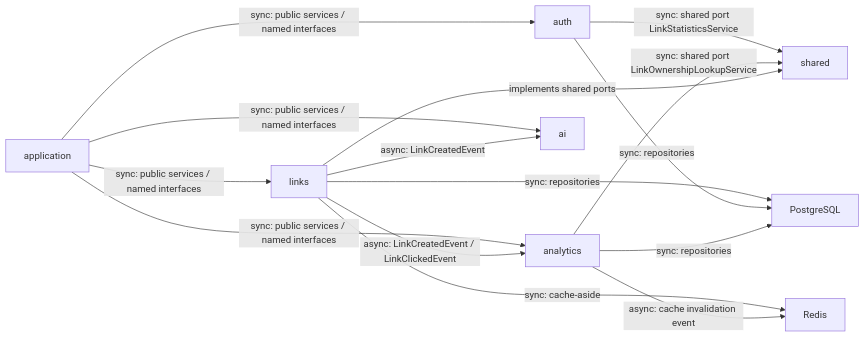
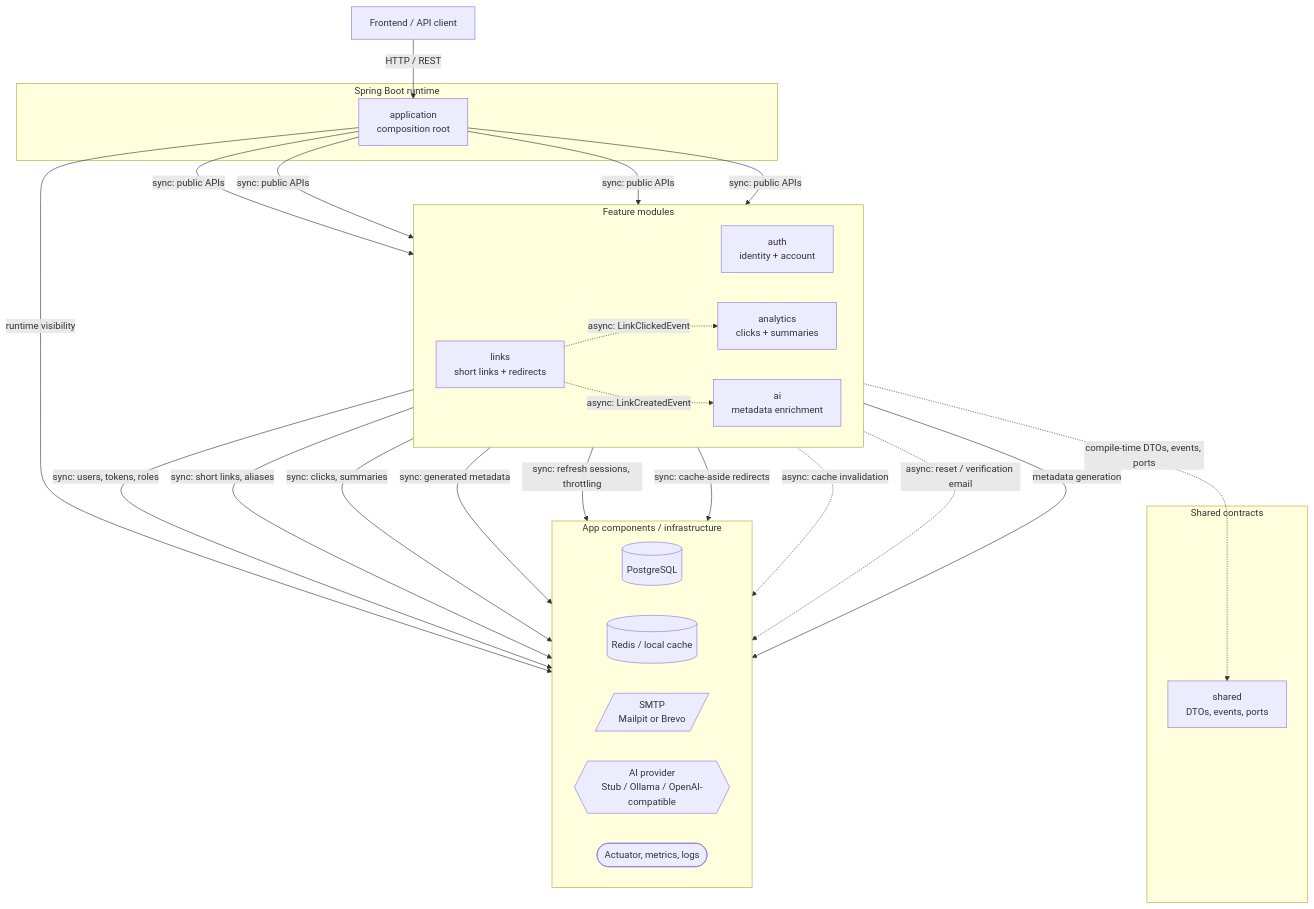
The first of 6 diagrams in docs/design/module-communication.md (leoyakubov/weblink-pilot), drawn with Mermaid before and after one commit. The commit also changed other lines of this file, not shown here.

Commit message:
Improve module communication diagram

````diff
--- a/docs/design/module-communication.md
+++ b/docs/design/module-communication.md
@@ -53,17 +53,54 @@
 ```mermaid
-flowchart LR
-  A["application"] -->|"sync: public services / named interfaces"| B["auth"]
-  A -->|"sync: public services / named interfaces"| C["links"]
-  A -->|"sync: public services / named interfaces"| D["analytics"]
-  A -->|"sync: public services / named interfaces"| AI["ai"]
-  B -->|"sync: shared port LinkStatisticsService"| S["shared"]
-  D -->|"sync: shared port LinkOwnershipLookupService"| S
-  C -->|"implements shared ports"| S
-  C -->|"async: LinkCreatedEvent / LinkClickedEvent"| D
-  C -->|"async: LinkCreatedEvent"| AI
-  C -->|"sync: cache-aside"| R["Redis"]
-  D -->|"async: cache invalidation event"| R
-  C -->|"sync: repositories"| P["PostgreSQL"]
-  B -->|"sync: repositories"| P
-  D -->|"sync: repositories"| P
+flowchart TB
+  CLIENT["Frontend / API client"]
+
+  subgraph ENTRY["Spring Boot runtime"]
+    APP["application\ncomposition root"]
+  end
+
+  subgraph MODULES["Feature modules"]
+    direction LR
+    AUTH["auth\nidentity + account"]
+    LINKS["links\nshort links + redirects"]
+    ANALYTICS["analytics\nclicks + summaries"]
+    AI["ai\nmetadata enrichment"]
+  end
+
+  subgraph CONTRACTS["Shared contracts"]
+    SHARED["shared\nDTOs, events, ports"]
+  end
+
+  subgraph INFRA["App components / infrastructure"]
+    direction LR
+    DB[("PostgreSQL")]
+    CACHE[("Redis / local cache")]
+    SMTP[/"SMTP\nMailpit or Brevo"/]
+    AI_PROVIDER{{"AI provider\nStub / Ollama / OpenAI-compatible"}}
+    OBS(["Actuator, metrics, logs"])
+  end
+
+  CLIENT -->|"HTTP / REST"| APP
+
+  APP -->|"sync: public APIs"| AUTH
+  APP -->|"sync: public APIs"| LINKS
+  APP -->|"sync: public APIs"| ANALYTICS
+  APP -->|"sync: public APIs"| AI
+
+  MODULES -.->|"compile-time DTOs, events, ports"| SHARED
+
+  AUTH -->|"sync: users, tokens, roles"| DB
+  LINKS -->|"sync: short links, aliases"| DB
+  ANALYTICS -->|"sync: clicks, summaries"| DB
+  AI -->|"sync: generated metadata"| DB
+
+  AUTH -->|"sync: refresh sessions, throttling"| CACHE
+  LINKS -->|"sync: cache-aside redirects"| CACHE
+  ANALYTICS -.->|"async: cache invalidation"| CACHE
+
+  LINKS -.->|"async: LinkClickedEvent"| ANALYTICS
+  LINKS -.->|"async: LinkCreatedEvent"| AI
+  AUTH -.->|"async: reset / verification email"| SMTP
+
+  AI -->|"metadata generation"| AI_PROVIDER
+  APP -->|"runtime visibility"| OBS
 ```
````
